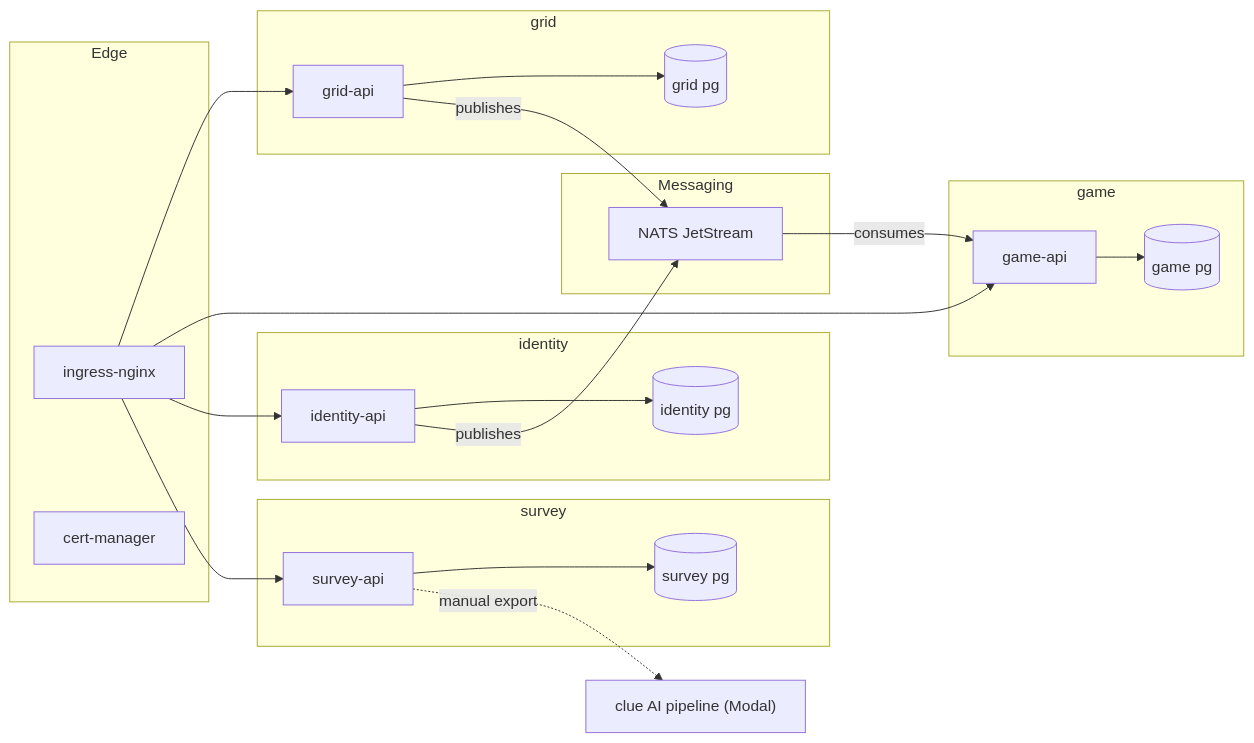
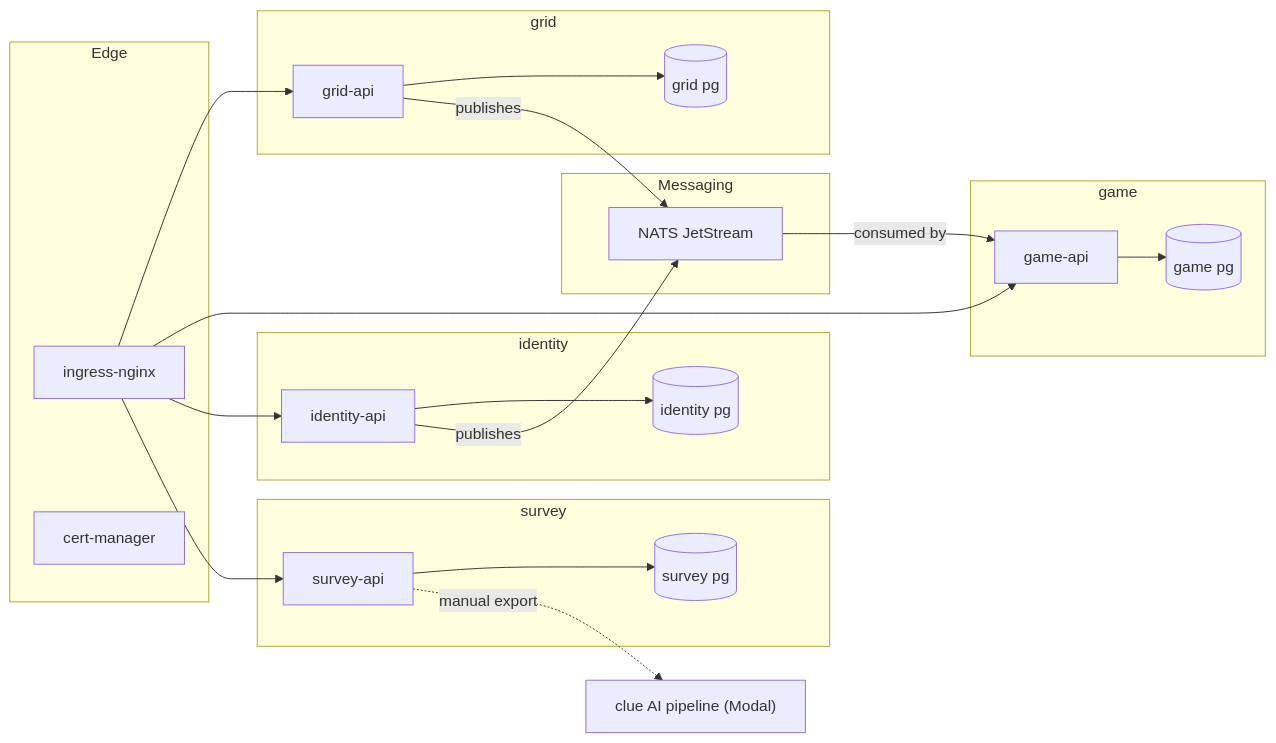
One commit to Ishou/wordsparrow changed the first of 5 diagrams in README.md. Above: the diagram before and after it, drawn with Mermaid. The commit also changed other lines of this file and 1 other file, not shown here.

Commit message:
docs(infra-diagrams): label the nats->game edge 'consumed by' to match arrow direction

````diff
--- a/README.md
+++ b/README.md
@@ -60,39 +60,39 @@
 ```mermaid
 flowchart LR
   subgraph Edge
     ingress["ingress-nginx"]
     certmanager["cert-manager"]
   end
   subgraph Messaging
     nats["NATS JetStream"]
   end
   subgraph ctx_grid["grid"]
     grid["grid-api"]
     gridDB[("grid pg")]
     grid --> gridDB
   end
   subgraph ctx_game["game"]
     game["game-api"]
     gameDB[("game pg")]
     game --> gameDB
   end
   subgraph ctx_identity["identity"]
     identity["identity-api"]
     identityDB[("identity pg")]
     identity --> identityDB
   end
   subgraph ctx_survey["survey"]
     survey["survey-api"]
     surveyDB[("survey pg")]
     survey --> surveyDB
   end
   cluepipeline["clue AI pipeline (Modal)"]
   ingress --> grid
   ingress --> game
   ingress --> identity
   ingress --> survey
   grid -->|publishes| nats
   identity -->|publishes| nats
-  nats -->|consumes| game
+  nats -->|consumed by| game
   survey -. manual export .-> cluepipeline
 ```
````
